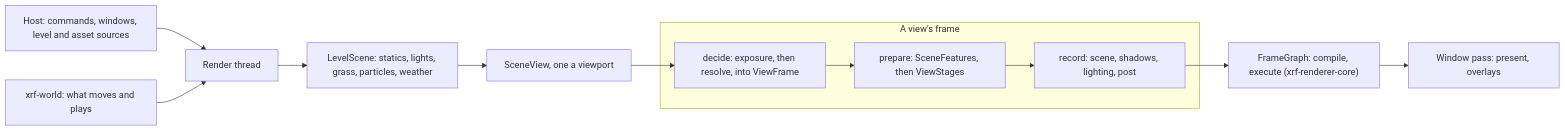
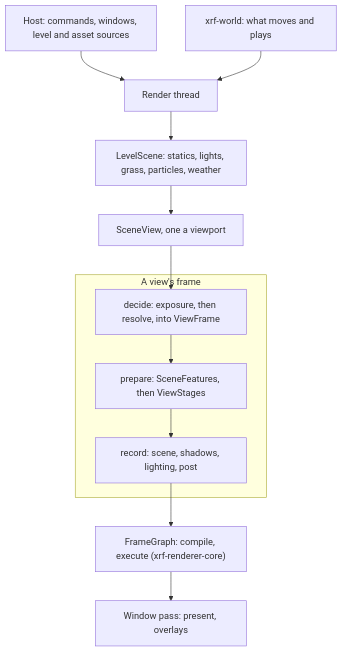
The diagram in crates/xrf-renderer/README.md (xray-forge/xrf-tools), drawn with Mermaid before and after one commit.

Commit message:
docs: Draw the renderer README's frame diagram top to bottom.

````diff
--- a/crates/xrf-renderer/README.md
+++ b/crates/xrf-renderer/README.md
@@ -53,14 +53,14 @@
 ```mermaid
-flowchart LR
+flowchart TB
   hostNode["Host: commands, windows, level and asset sources"] --> threadNode["Render thread"]
   worldNode["xrf-world: what moves and plays"] --> threadNode
   threadNode --> sceneNode["LevelScene: statics, lights, grass, particles, weather"]
   sceneNode --> viewNode["SceneView, one a viewport"]
   subgraph viewFrame["A view's frame"]
     decideNode["decide: exposure, then resolve, into ViewFrame"] --> prepareNode["prepare: SceneFeatures, then ViewStages"]
     prepareNode --> recordNode["record: scene, shadows, lighting, post"]
   end
   viewNode --> decideNode
   recordNode --> frameGraph["FrameGraph: compile, execute (xrf-renderer-core)"]
   frameGraph --> windowPass["Window pass: present, overlays"]
 ```
````
